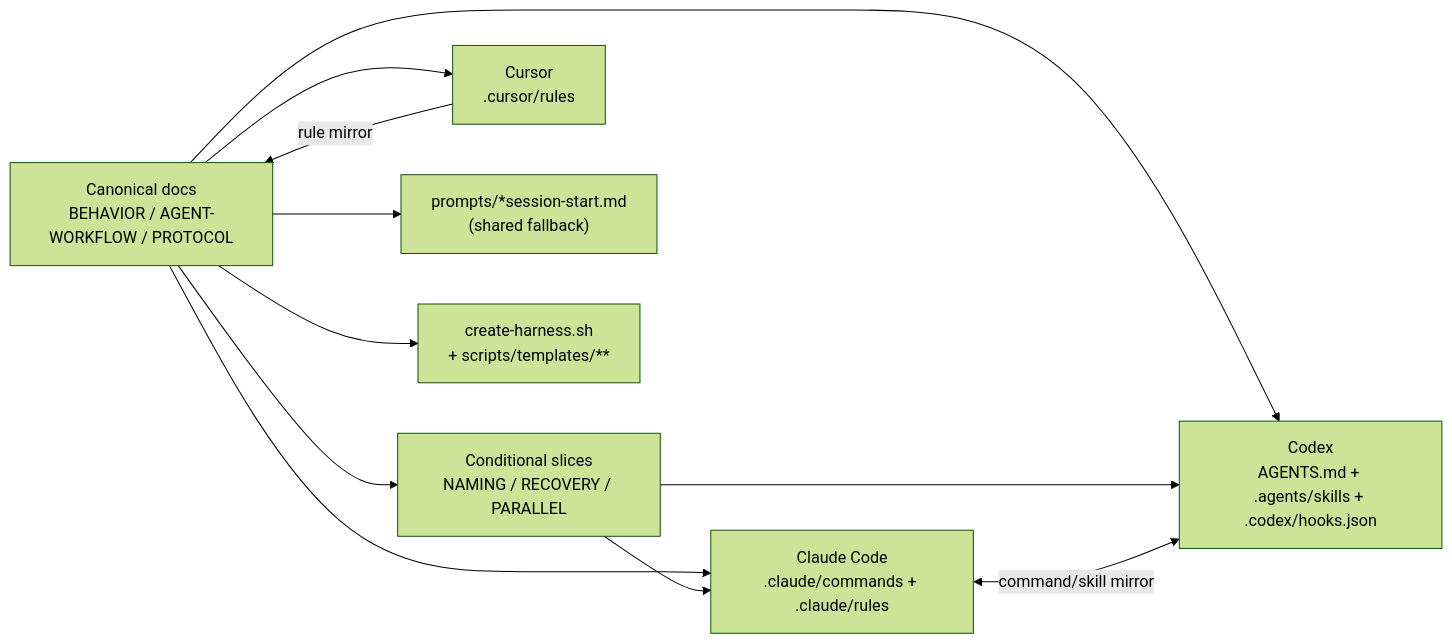
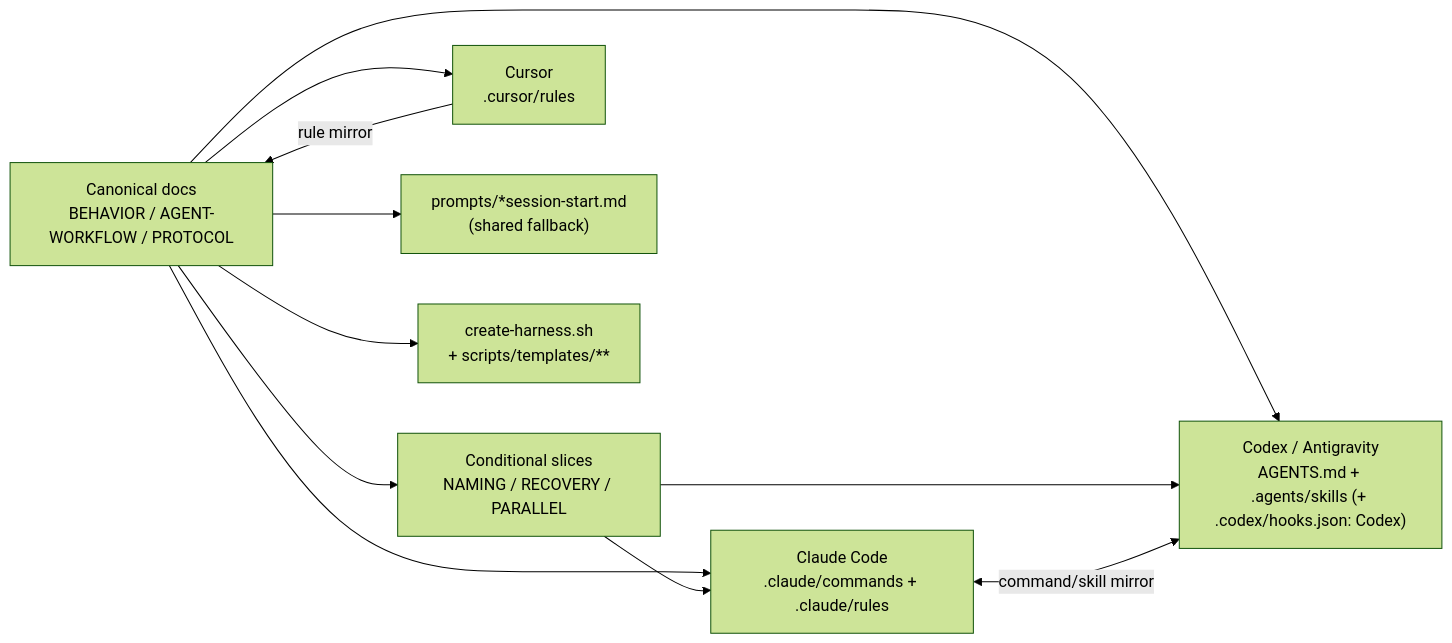
Before and after one commit to kyungseo/ai-workflow-harness: the fourth of 9 diagrams in docs/HARNESS-ARCHITECTURE.md, drawn with Mermaid (forest theme). The commit also changed other lines of this file and 38 other files, not shown here.

````diff
--- a/docs/HARNESS-ARCHITECTURE.md
+++ b/docs/HARNESS-ARCHITECTURE.md
@@ -153,21 +153,21 @@
 ```mermaid
 graph LR
     CANON["Canonical docs\nBEHAVIOR / AGENT-WORKFLOW / PROTOCOL"]
     SLICES["Conditional slices\nNAMING / RECOVERY / PARALLEL"]
     CLAUDE["Claude Code\n.claude/commands + .claude/rules"]
-    CODEX["Codex\nAGENTS.md + .agents/skills + .codex/hooks.json"]
+    CODEX["Codex / Antigravity\nAGENTS.md + .agents/skills (+ .codex/hooks.json: Codex)"]
     CURSOR["Cursor\n.cursor/rules"]
     PROMPTS["prompts/*session-start.md\n(shared fallback)"]
     SCAFFOLD["create-harness.sh\n+ scripts/templates/**"]
 
     CANON --> CLAUDE
     CANON --> CODEX
     CANON --> CURSOR
     CANON --> PROMPTS
     CANON --> SCAFFOLD
     CANON --> SLICES
     SLICES --> CLAUDE
     SLICES --> CODEX
     CLAUDE <-->|"command/skill mirror"| CODEX
     CURSOR -->|"rule mirror"| CANON
 ```
````
